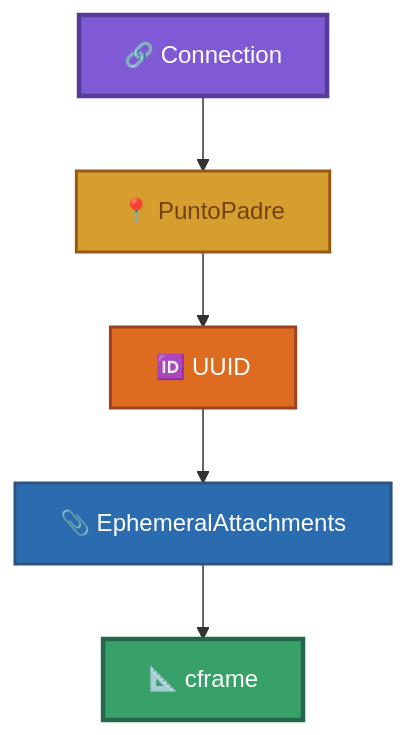
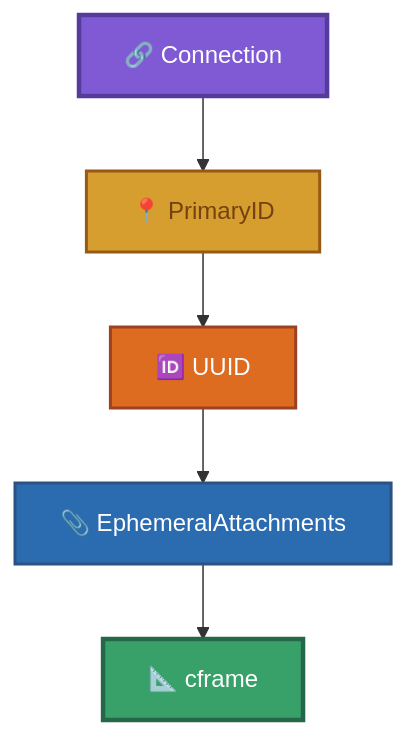
Before and after one commit to JuanCrakYT/RtG-Format: the sixth of 11 diagrams in research/discoveries.md, drawn with Mermaid. The commit also changed other lines of this file and 11 other files, not shown here.

````diff
--- a/research/discoveries.md
+++ b/research/discoveries.md
@@ -278,19 +278,19 @@
 ```mermaid
 flowchart TD
-    CONNECTION["🔗 Connection"] --> POINT["📍 PuntoPadre"]
+    CONNECTION["🔗 Connection"] --> POINT["📍 PrimaryID"]
     POINT --> UUID["🆔 UUID"]
     UUID --> ATTACHMENTS["📎 EphemeralAttachments"]
     ATTACHMENTS --> CFRAME["📐 cframe"]
 
     classDef connection fill:#805ad5,color:#fff,stroke:#553c9a,stroke-width:3px;
     classDef point fill:#d69e2e,color:#744210,stroke:#975a16,stroke-width:2px;
     classDef uuid fill:#dd6b20,color:#fff,stroke:#9c4221,stroke-width:2px;
     classDef attachments fill:#2b6cb0,color:#fff,stroke:#2c5282,stroke-width:2px;
     classDef cframe fill:#38a169,color:#fff,stroke:#276749,stroke-width:3px;
 
     class CONNECTION connection;
     class POINT point;
     class UUID uuid;
     class ATTACHMENTS attachments;
     class CFRAME cframe;
 ```
````
